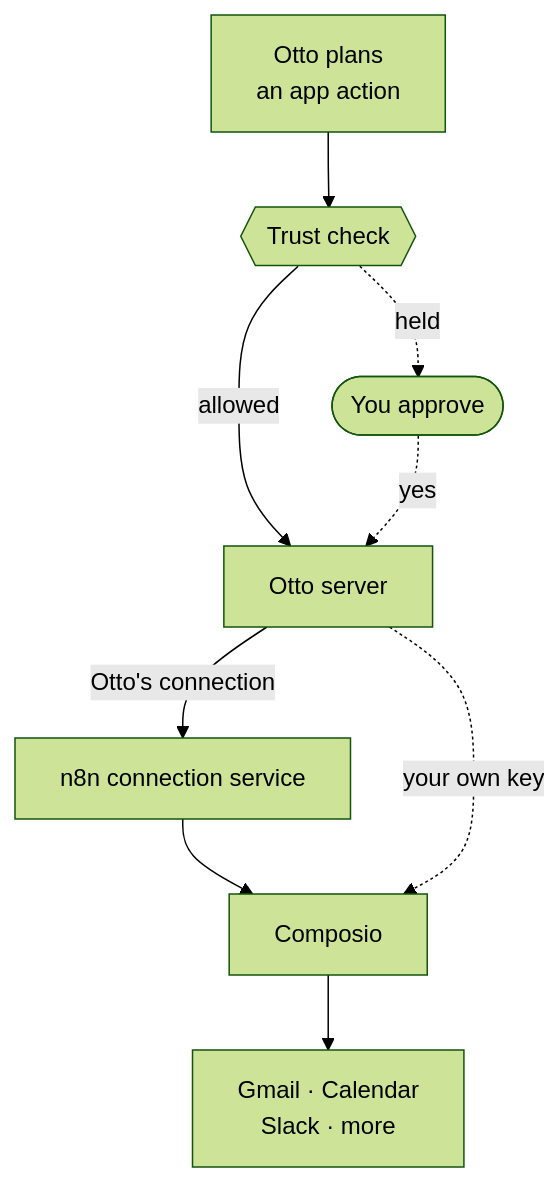
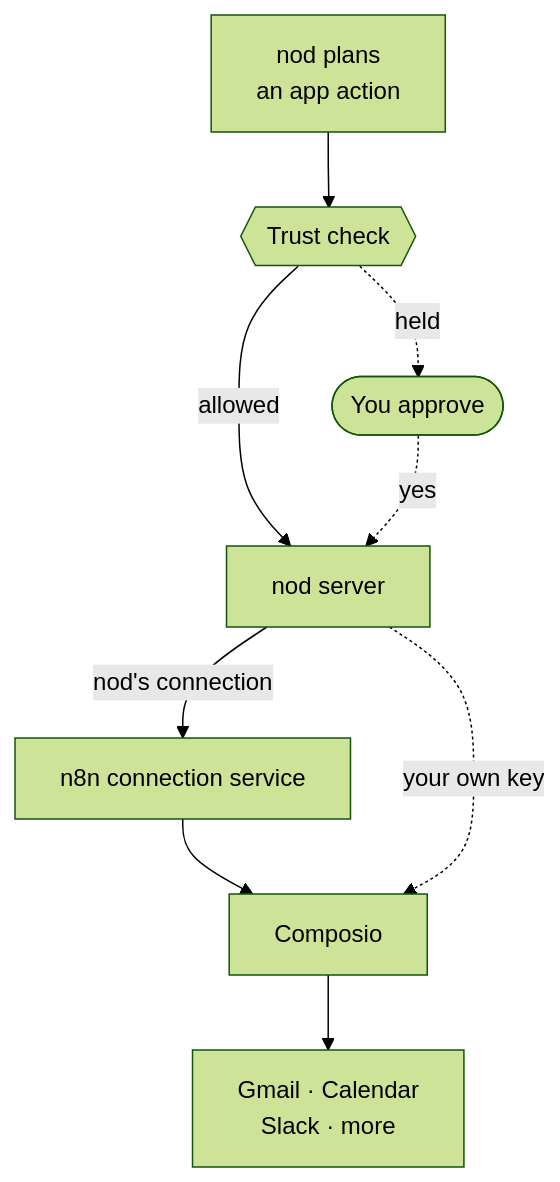
One commit to KrishBhimani/nod changed the diagram in docs/src/content/docs/connect/apps.mdx. Above: the diagram before and after it, drawn with Mermaid (forest theme). The commit also changed other lines of this file and 380 other files, not shown here.

Commit message:
feat!: rename Otto to nod (#398)

````diff
--- a/docs/src/content/docs/connect/apps.mdx
+++ b/docs/src/content/docs/connect/apps.mdx
@@ -20,11 +20,11 @@
 ```mermaid
 flowchart TD
-  otto[Otto plans<br/>an app action] --> trust{{Trust check}}:::accent
-  trust -- allowed --> server[Otto server]
+  nod[nod plans<br/>an app action] --> trust{{Trust check}}:::accent
+  trust -- allowed --> server[nod server]
   trust -. held .-> you([You approve]):::accent
   you -. yes .-> server
-  server -- Otto's connection --> connection[n8n connection service]
+  server -- nod's connection --> connection[n8n connection service]
   connection --> composio[Composio]
   server -. your own key .-> composio
   composio --> apps[Gmail · Calendar<br/>Slack · more]
 ```
````
